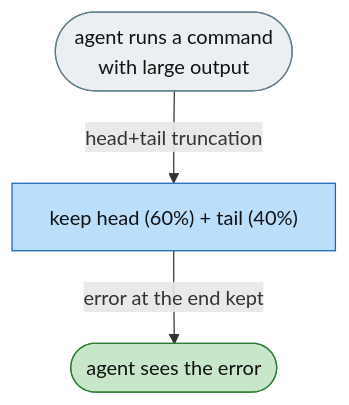
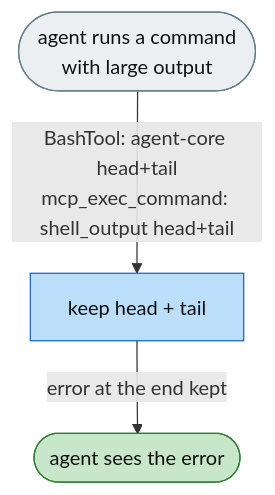
The second of 4 diagrams in docs-michael/issues/jiuwenswarm/0334-feat-bash-output-head-tail.md (michaelatamuk/agentic-desk), drawn with Mermaid before and after one commit. The commit also changed other lines of this file and 2 other files, not shown here.

````diff
--- a/docs-michael/issues/jiuwenswarm/0334-feat-bash-output-head-tail.md
+++ b/docs-michael/issues/jiuwenswarm/0334-feat-bash-output-head-tail.md
@@ -31,9 +37,9 @@
 ```mermaid
 flowchart TD
     classDef ok fill:#BBDEFB,color:#111,stroke:#1565C0
     classDef done fill:#C8E6C9,color:#111,stroke:#2E7D32
     classDef plain fill:#ECEFF1,color:#111,stroke:#607D8B
     CMD(["agent runs a command<br/>with large output"]):::plain
-    CMD -->|"head+tail truncation"| SPLIT["keep head (60%) + tail (40%)"]:::ok
-    SPLIT -->|"error at the end kept "| SEEN(["agent sees the error"]):::done
+    CMD -->|"BashTool: agent-core head+tail<br/>mcp_exec_command: shell_output head+tail"| SPLIT["keep head + tail"]:::ok
+    SPLIT -->|"error at the end kept"| SEEN(["agent sees the error"]):::done
 ```
````
